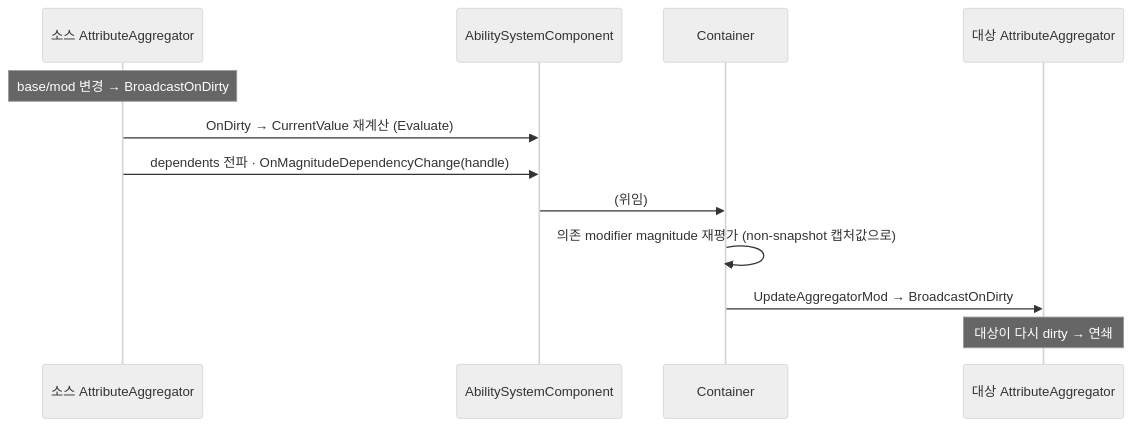
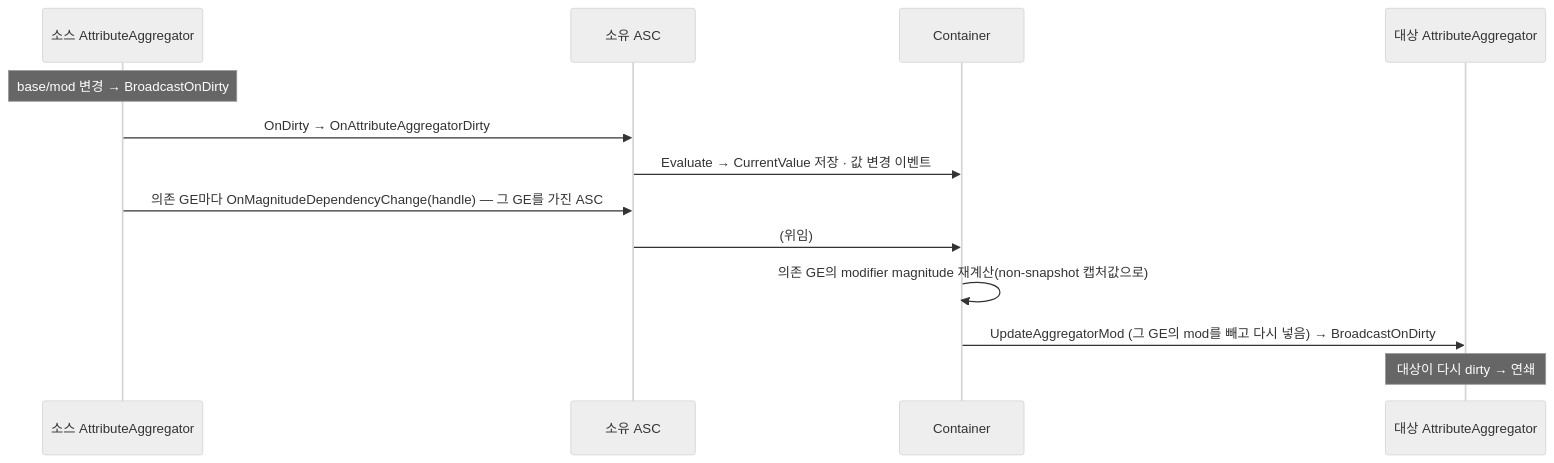
Before and after one commit to hanaaple/AbilitySystem-For-Unity: the second of 2 diagrams in dev-docs/project/architecture/ability-system/aggregator.md, drawn with Mermaid (neutral theme). The commit also changed other lines of this file and 862 other files, not shown here.

````diff
--- a/dev-docs/project/architecture/ability-system/aggregator.md
+++ b/dev-docs/project/architecture/ability-system/aggregator.md
@@ -39,15 +47,16 @@
 ```mermaid
 sequenceDiagram
     participant Src as 소스 AttributeAggregator
-    participant ASC as AbilitySystemComponent
+    participant ASC as 소유 ASC
     participant Cont as Container
     participant Dst as 대상 AttributeAggregator
 
     Note over Src: base/mod 변경 → BroadcastOnDirty
-    Src->>ASC: OnDirty → CurrentValue 재계산 (Evaluate)
-    Src->>ASC: dependents 전파 · OnMagnitudeDependencyChange(handle)
+    Src->>ASC: OnDirty → OnAttributeAggregatorDirty
+    ASC->>Cont: Evaluate → CurrentValue 저장 · 값 변경 이벤트
+    Src->>ASC: 의존 GE마다 OnMagnitudeDependencyChange(handle) — 그 GE를 가진 ASC
     ASC->>Cont: (위임)
-    Cont->>Cont: 의존 modifier magnitude 재평가 (non-snapshot 캡처값으로)
-    Cont->>Dst: UpdateAggregatorMod → BroadcastOnDirty
+    Cont->>Cont: 의존 GE의 modifier magnitude 재계산(non-snapshot 캡처값으로)
+    Cont->>Dst: UpdateAggregatorMod (그 GE의 mod를 빼고 다시 넣음) → BroadcastOnDirty
     Note over Dst: 대상이 다시 dirty → 연쇄
 ```
````
